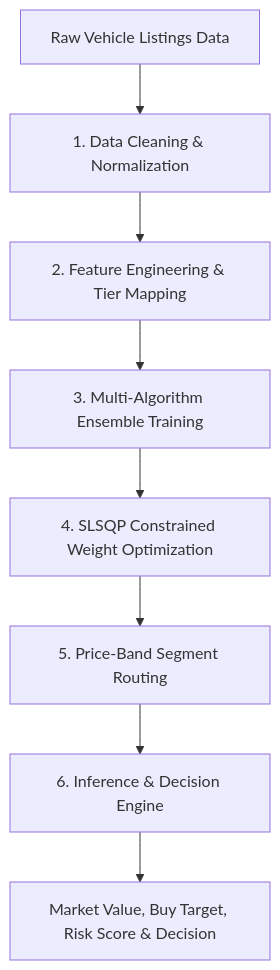
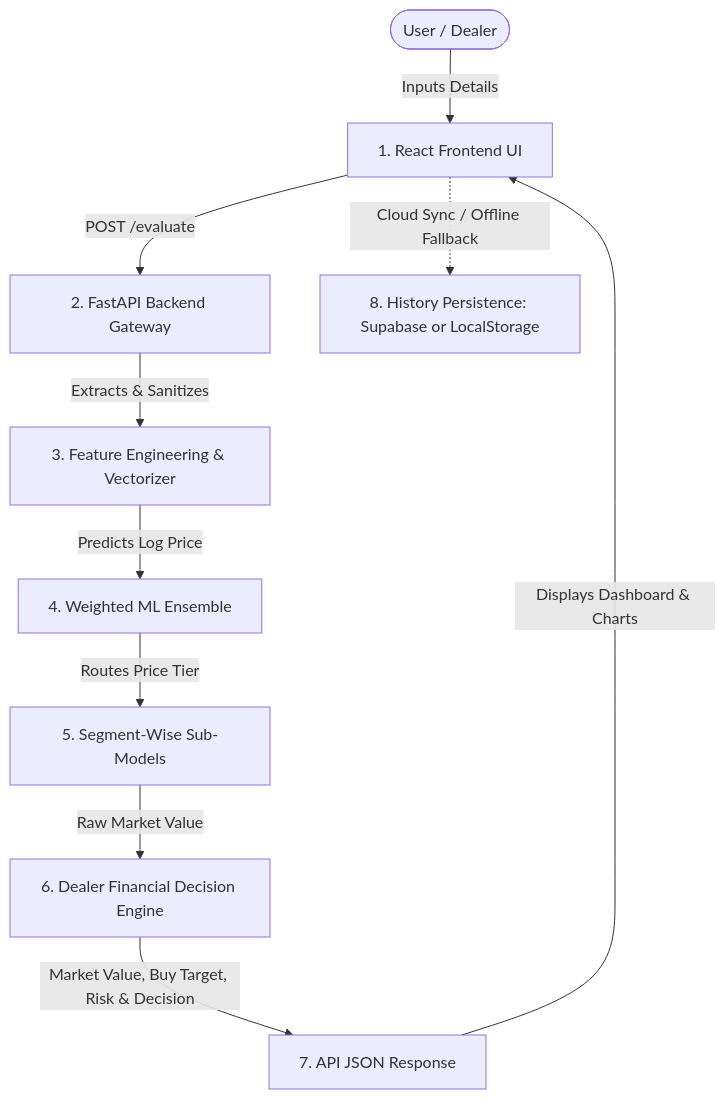
One commit to Hars03082005/Autopricer changed the first of 2 diagrams in README.md. Above: the diagram before and after it, drawn with Mermaid. The commit also changed other lines of this file, not shown here.

````diff
--- a/README.md
+++ b/README.md
@@ -13,10 +13,12 @@
 ```mermaid
 graph TD
-    Raw[Raw Vehicle Listings Data] --> Clean[1. Data Cleaning & Normalization]
-    Clean --> FE[2. Feature Engineering & Tier Mapping]
-    FE --> Train[3. Multi-Algorithm Ensemble Training]
-    Train --> Weights[4. SLSQP Constrained Weight Optimization]
-    Weights --> SegRouting[5. Price-Band Segment Routing]
-    SegRouting --> Backend[6. Inference & Decision Engine]
-    Backend --> Output[Market Value, Buy Target, Risk Score & Decision]
+    User([User / Dealer]) -->|Inputs Details| Frontend[1. React Frontend UI]
+    Frontend -->|POST /evaluate| FastAPI[2. FastAPI Backend Gateway]
+    FastAPI -->|Extracts & Sanitizes| FE[3. Feature Engineering & Vectorizer]
+    FE -->|Predicts Log Price| Ensemble[4. Weighted ML Ensemble]
+    Ensemble -->|Routes Price Tier| SegRouting[5. Segment-Wise Sub-Models]
+    SegRouting -->|Raw Market Value| Decision[6. Dealer Financial Decision Engine]
+    Decision -->|Market Value, Buy Target, Risk & Decision| APIResp[7. API JSON Response]
+    APIResp -->|Displays Dashboard & Charts| Frontend
+    Frontend -.->|Cloud Sync / Offline Fallback| Sync[8. History Persistence: Supabase or LocalStorage]
 ```
````
